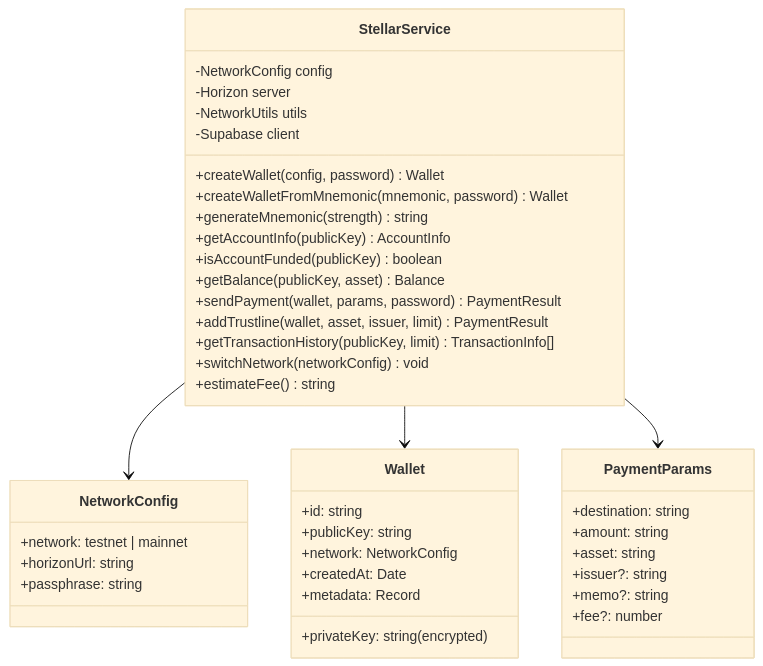
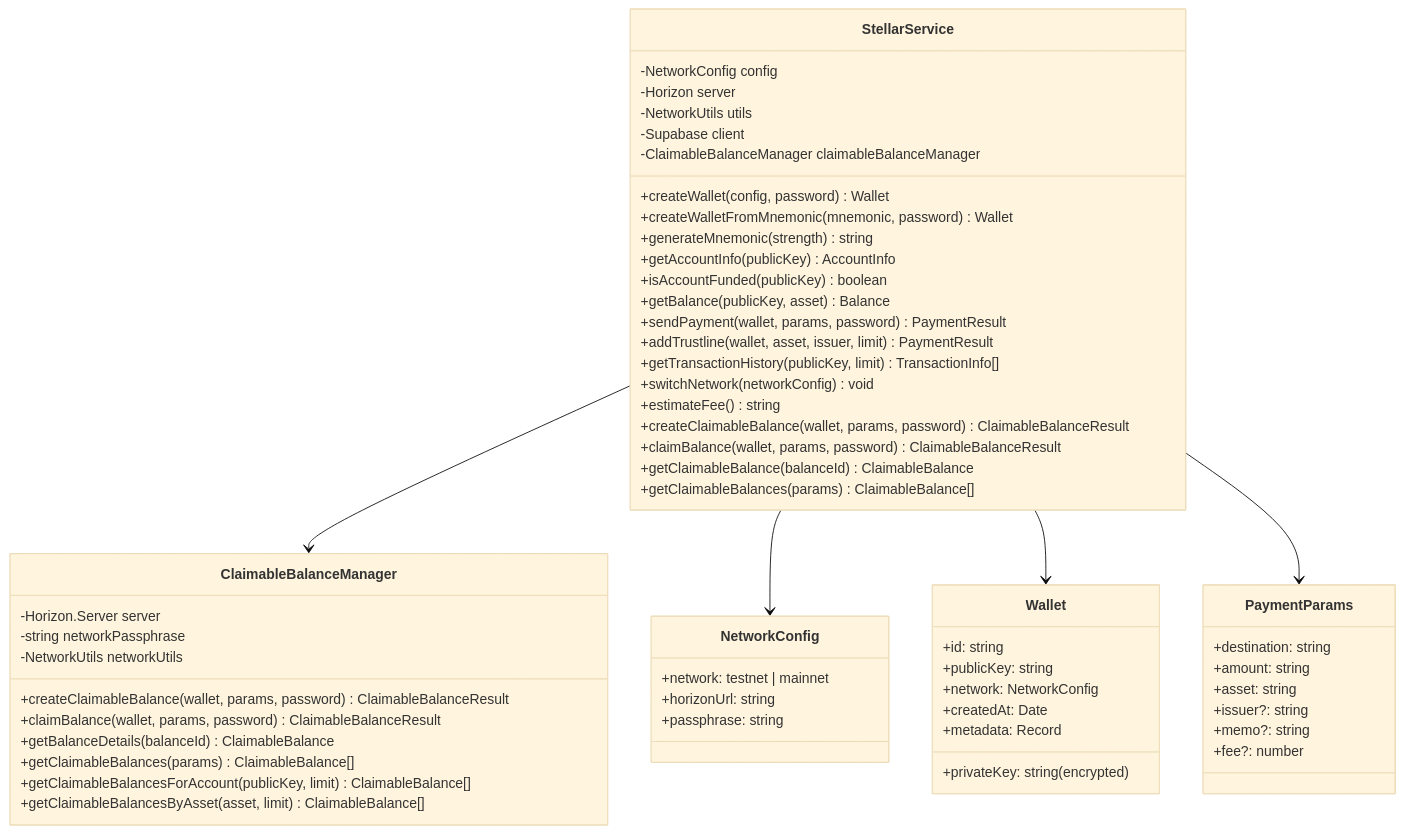
The third of 24 diagrams in docs/ARCHITECTURE.md (Galaxy-KJ/Galaxy-DevKit), drawn with Mermaid (base theme) before and after one commit. The commit also changed other lines of this file and 6 other files, not shown here.

````diff
--- a/docs/ARCHITECTURE.md
+++ b/docs/ARCHITECTURE.md
@@ -186,49 +186,69 @@
 ```mermaid
 classDiagram
     class StellarService {
         -NetworkConfig config
         -Horizon server
         -NetworkUtils utils
         -Supabase client
+        -ClaimableBalanceManager claimableBalanceManager
 
         +createWallet(config, password) Wallet
         +createWalletFromMnemonic(mnemonic, password) Wallet
         +generateMnemonic(strength) string
         +getAccountInfo(publicKey) AccountInfo
         +isAccountFunded(publicKey) boolean
         +getBalance(publicKey, asset) Balance
         +sendPayment(wallet, params, password) PaymentResult
         +addTrustline(wallet, asset, issuer, limit) PaymentResult
         +getTransactionHistory(publicKey, limit) TransactionInfo[]
         +switchNetwork(networkConfig) void
         +estimateFee() string
+        +createClaimableBalance(wallet, params, password) ClaimableBalanceResult
+        +claimBalance(wallet, params, password) ClaimableBalanceResult
+        +getClaimableBalance(balanceId) ClaimableBalance
+        +getClaimableBalances(params) ClaimableBalance[]
     }
+
+    class ClaimableBalanceManager {
+        -Horizon.Server server
+        -string networkPassphrase
+        -NetworkUtils networkUtils
+
+        +createClaimableBalance(wallet, params, password) ClaimableBalanceResult
+        +claimBalance(wallet, params, password) ClaimableBalanceResult
+        +getBalanceDetails(balanceId) ClaimableBalance
+        +getClaimableBalances(params) ClaimableBalance[]
+        +getClaimableBalancesForAccount(publicKey, limit) ClaimableBalance[]
+        +getClaimableBalancesByAsset(asset, limit) ClaimableBalance[]
+    }
+
+    StellarService --> ClaimableBalanceManager
 
     class NetworkConfig {
         +network: testnet | mainnet
         +horizonUrl: string
         +passphrase: string
     }
 
     class Wallet {
         +id: string
         +publicKey: string
         +privateKey: string (encrypted)
         +network: NetworkConfig
         +createdAt: Date
         +metadata: Record
     }
 
     class PaymentParams {
         +destination: string
         +amount: string
         +asset: string
         +issuer?: string
         +memo?: string
         +fee?: number
     }
 
     StellarService --> NetworkConfig
     StellarService --> Wallet
     StellarService --> PaymentParams
 ```
````
